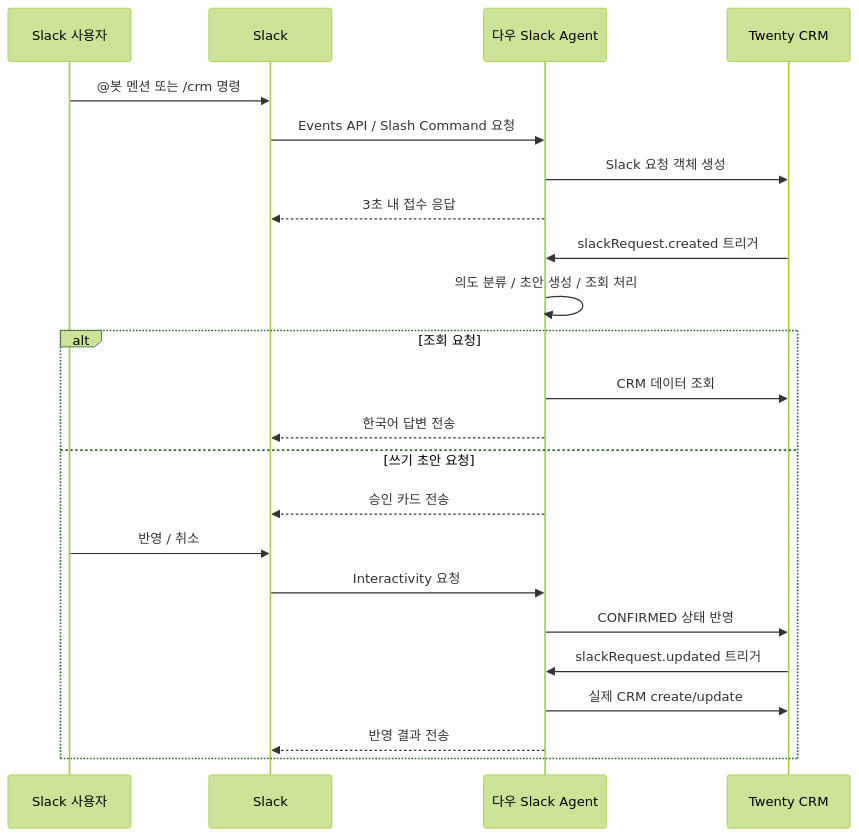
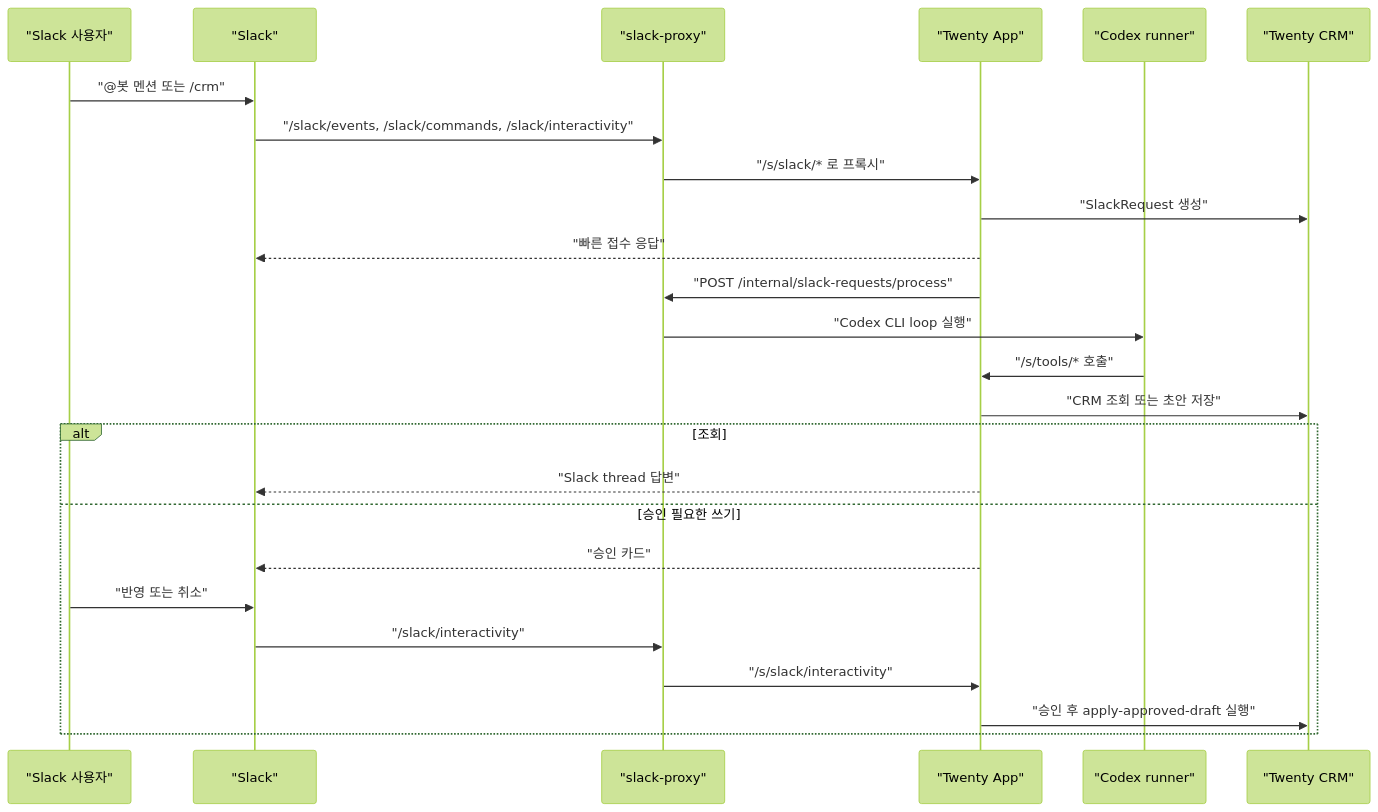
One commit to yw9142/twenty_slack_app changed the diagram in README.md. Above: the diagram before and after it, drawn with Mermaid (forest theme). The commit also changed other lines of this file, not shown here.

Commit message:
docs: update codex runner deployment guide

````diff
--- a/README.md
+++ b/README.md
@@ -24,26 +13,28 @@
 ```mermaid
 sequenceDiagram
-    participant U as Slack 사용자
-    participant S as Slack
-    participant A as 다우 Slack Agent
-    participant T as Twenty CRM
+    participant U as "Slack 사용자"
+    participant S as "Slack"
+    participant P as "slack-proxy"
+    participant A as "Twenty App"
+    participant C as "Codex runner"
+    participant T as "Twenty CRM"
 
-    U->>S: @봇 멘션 또는 /crm 명령
-    S->>A: Events API / Slash Command 요청
-    A->>T: Slack 요청 객체 생성
-    A-->>S: 3초 내 접수 응답
-    T->>A: slackRequest.created 트리거
-    A->>A: 의도 분류 / 초안 생성 / 조회 처리
-    alt 조회 요청
-        A->>T: CRM 데이터 조회
-        A-->>S: 한국어 답변 전송
-    else 쓰기 초안 요청
-        A-->>S: 승인 카드 전송
-        U->>S: 반영 / 취소
-        S->>A: Interactivity 요청
-        A->>T: CONFIRMED 상태 반영
-        T->>A: slackRequest.updated 트리거
-        A->>T: 실제 CRM create/update
-        A-->>S: 반영 결과 전송
+    U->>S: "@봇 멘션 또는 /crm"
+    S->>P: "/slack/events, /slack/commands, /slack/interactivity"
+    P->>A: "/s/slack/* 로 프록시"
+    A->>T: "SlackRequest 생성"
+    A-->>S: "빠른 접수 응답"
+    A->>P: "POST /internal/slack-requests/process"
+    P->>C: "Codex CLI loop 실행"
+    C->>A: "/s/tools/* 호출"
+    A->>T: "CRM 조회 또는 초안 저장"
+    alt 조회
+        A-->>S: "Slack thread 답변"
+    else 승인 필요한 쓰기
+        A-->>S: "승인 카드"
+        U->>S: "반영 또는 취소"
+        S->>P: "/slack/interactivity"
+        P->>A: "/s/slack/interactivity"
+        A->>T: "승인 후 apply-approved-draft 실행"
     end
 ```
````
